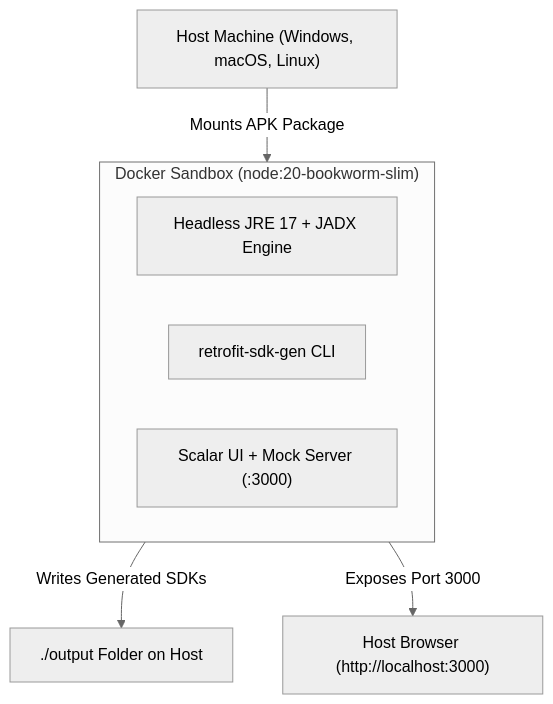
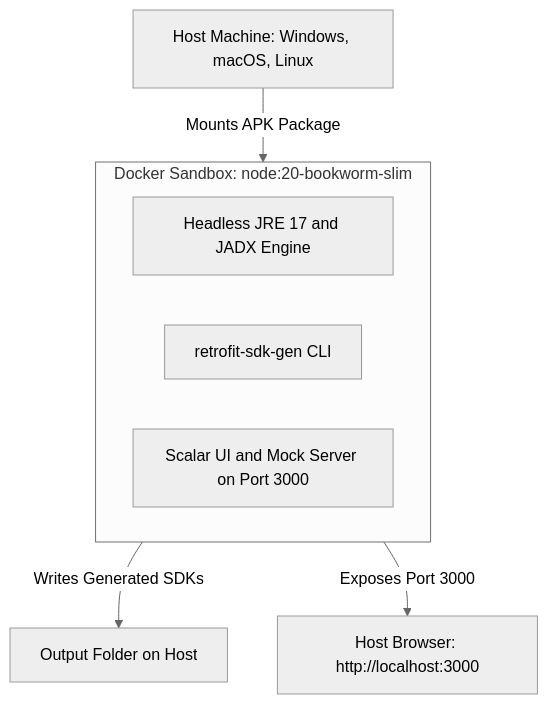
Before and after one commit to chahakshahcs5/retrofit-sdk-gen: the diagram in docs/docker.md, drawn with Mermaid (neutral theme). The commit also changed 13 other files, not shown here.

Commit message:
fix(docs): quote Mermaid edge labels and sanitize syntax for GitHub renderer

````diff
--- a/docs/docker.md
+++ b/docs/docker.md
@@ -29,13 +29,13 @@
 ```mermaid
 flowchart TD
-    HOST["Host Machine (Windows, macOS, Linux)"] -->|Mounts APK Package| CONT["retrofit-sdk-gen Docker Container"]
+    HOST["Host Machine: Windows, macOS, Linux"] -->|"Mounts APK Package"| DOCKER_BOX
     
-    subgraph CONT["Docker Sandbox (node:20-bookworm-slim)"]
-        JADX["Headless JRE 17 + JADX Engine"]
+    subgraph DOCKER_BOX["Docker Sandbox: node:20-bookworm-slim"]
+        JADX["Headless JRE 17 and JADX Engine"]
         CLI["retrofit-sdk-gen CLI"]
-        PLAY["Scalar UI + Mock Server (:3000)"]
+        PLAY["Scalar UI and Mock Server on Port 3000"]
     end
 
-    CONT -->|Writes Generated SDKs| OUT["./output Folder on Host"]
-    CONT -->|Exposes Port 3000| BROWSER["Host Browser (http://localhost:3000)"]
+    DOCKER_BOX -->|"Writes Generated SDKs"| OUT["Output Folder on Host"]
+    DOCKER_BOX -->|"Exposes Port 3000"| BROWSER["Host Browser: http://localhost:3000"]
 ```
````
